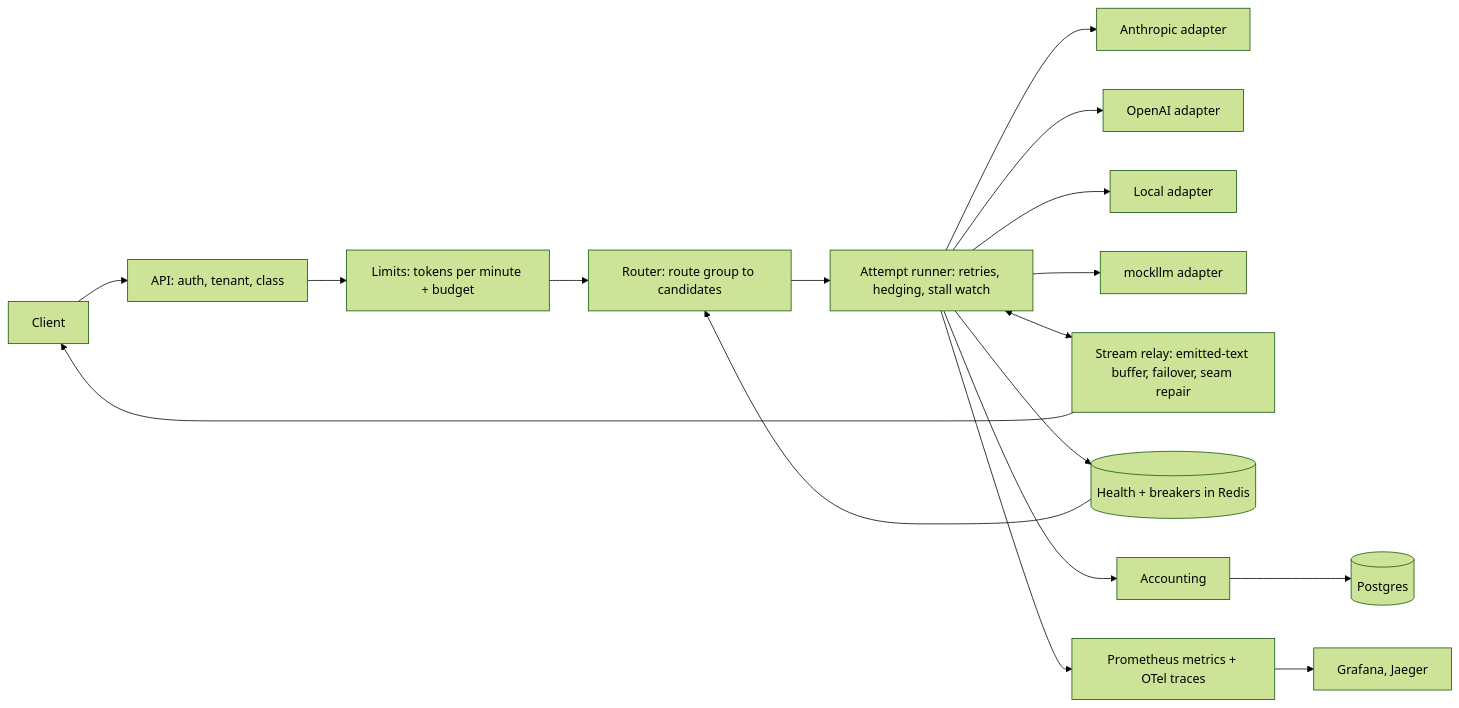
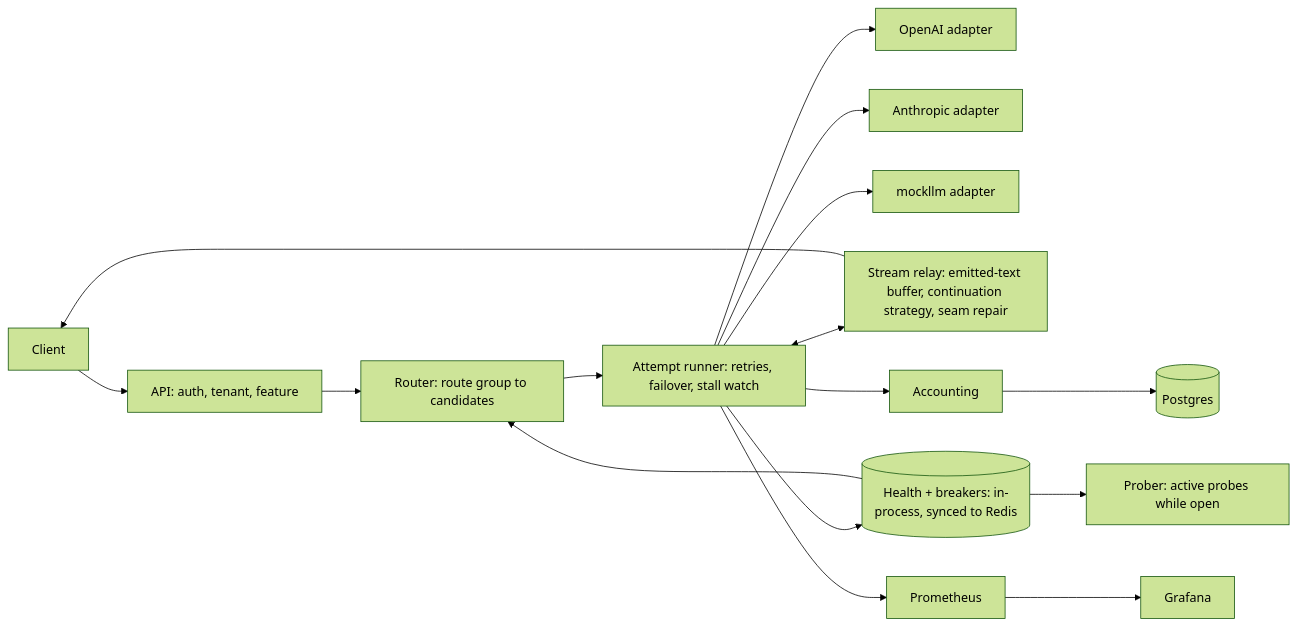
The first of 2 diagrams in SPEC.md (Zhan017/switchyard), drawn with Mermaid (forest theme) before and after one commit. The commit also changed other lines of this file, not shown here.

````diff
--- a/SPEC.md
+++ b/SPEC.md
@@ -76,17 +111,16 @@
 ```mermaid
 flowchart LR
-  C[Client] --> A[API: auth, tenant, class]
-  A --> L[Limits: tokens per minute + budget]
-  L --> R[Router: route group to candidates]
-  R --> X[Attempt runner: retries, hedging, stall watch]
-  X --> P1[Anthropic adapter]
-  X --> P2[OpenAI adapter]
-  X --> P3[Local adapter]
+  C[Client] --> A[API: auth, tenant, feature]
+  A --> R[Router: route group to candidates]
+  R --> X[Attempt runner: retries, failover, stall watch]
+  X --> P1[OpenAI adapter]
+  X --> P2[Anthropic adapter]
   X --> P4[mockllm adapter]
-  X <--> S[Stream relay: emitted-text buffer, failover, seam repair]
+  X <--> S[Stream relay: emitted-text buffer, continuation strategy, seam repair]
   S --> C
-  X --> H[(Health + breakers in Redis)]
+  X --> H[(Health + breakers: in-process, synced to Redis)]
   H --> R
+  H --> PR[Prober: active probes while open]
   X --> K[Accounting] --> PG[(Postgres)]
-  X --> M[Prometheus metrics + OTel traces] --> G[Grafana, Jaeger]
+  X --> M[Prometheus] --> G[Grafana]
 ```
````
